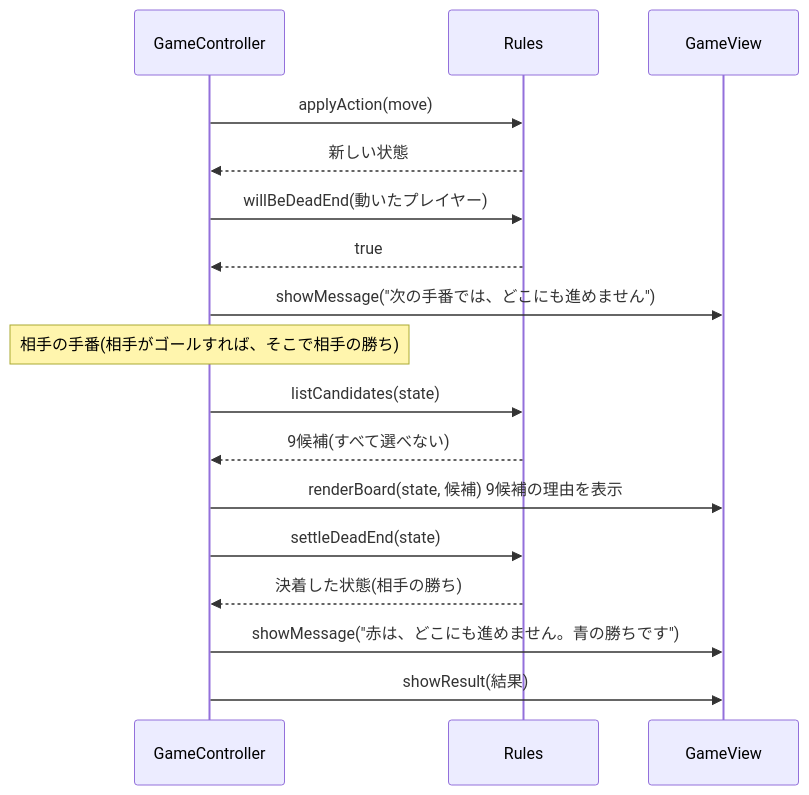
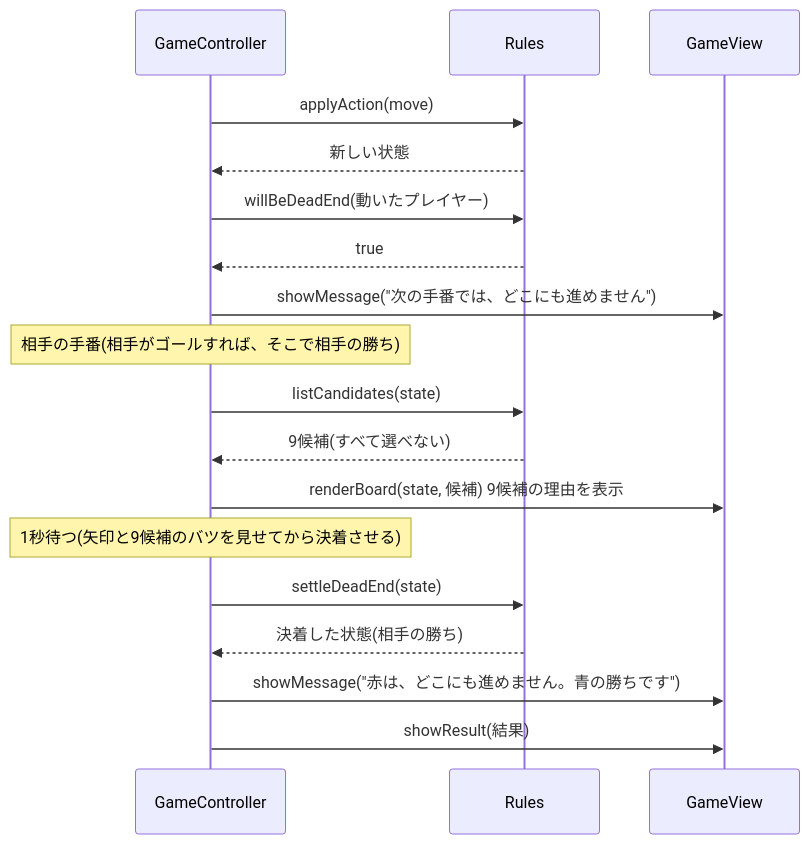
One commit to nogawa-asase/race-track changed the fifth of 6 diagrams in docs/functional-design.md. Above: the diagram before and after it, drawn with Mermaid. The commit also changed other lines of this file and 4 other files, not shown here.

````diff
--- a/docs/functional-design.md
+++ b/docs/functional-design.md
@@ -624,20 +648,21 @@
 ```mermaid
 sequenceDiagram
     participant Ctrl as GameController
     participant Rules
     participant View as GameView
 
     Ctrl->>Rules: applyAction(move)
     Rules-->>Ctrl: 新しい状態
     Ctrl->>Rules: willBeDeadEnd(動いたプレイヤー)
     Rules-->>Ctrl: true
     Ctrl->>View: showMessage("次の手番では、どこにも進めません")
     Note over Ctrl: 相手の手番(相手がゴールすれば、そこで相手の勝ち)
     Ctrl->>Rules: listCandidates(state)
     Rules-->>Ctrl: 9候補(すべて選べない)
     Ctrl->>View: renderBoard(state, 候補) 9候補の理由を表示
+    Note over Ctrl: 1秒待つ(矢印と9候補のバツを見せてから決着させる)
     Ctrl->>Rules: settleDeadEnd(state)
     Rules-->>Ctrl: 決着した状態(相手の勝ち)
     Ctrl->>View: showMessage("赤は、どこにも進めません。青の勝ちです")
     Ctrl->>View: showResult(結果)
 ```
````
